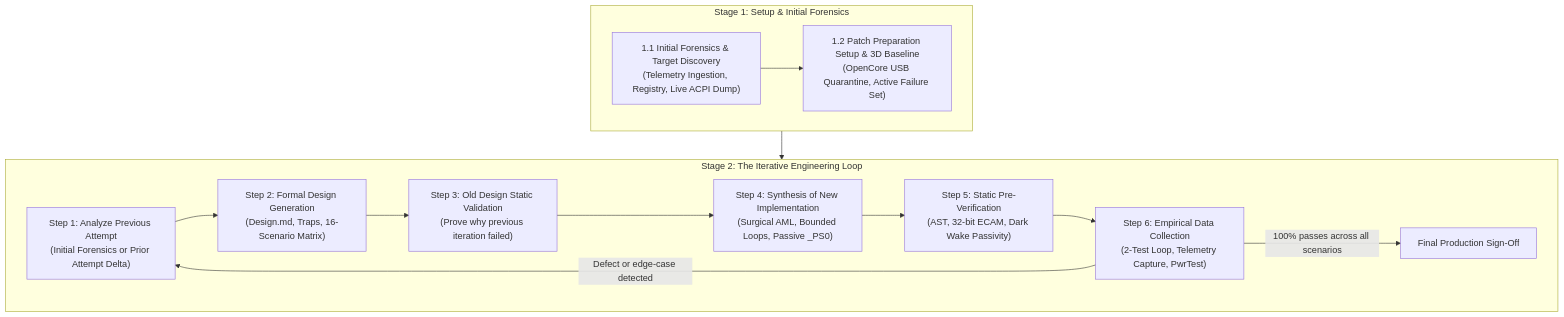
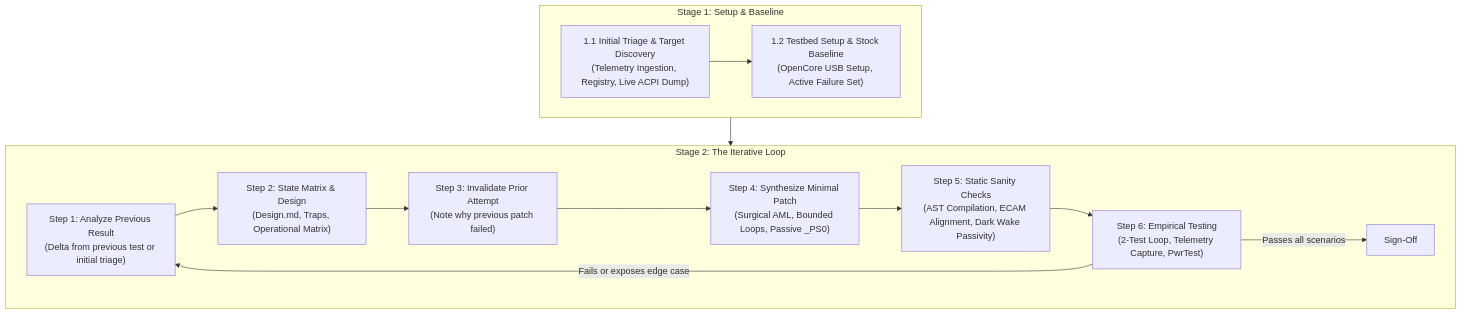
One commit to datacompboy/xmg_deep_sleep changed the first of 2 diagrams in skill/modern-standby-orchestrator/SKILL.md. Above: the diagram before and after it, drawn with Mermaid. The commit also changed other lines of this file and 8 other files, not shown here.

````diff
--- a/skill/modern-standby-orchestrator/SKILL.md
+++ b/skill/modern-standby-orchestrator/SKILL.md
@@ -16,20 +16,20 @@
 ```mermaid
 flowchart TD
-    subgraph Stage1["Stage 1: Setup & Initial Forensics"]
-        S1A["1.1 Initial Forensics & Target Discovery<br/>(Telemetry Ingestion, Registry, Live ACPI Dump)"]
-        --> S1B["1.2 Patch Preparation Setup & 3D Baseline<br/>(OpenCore USB Quarantine, Active Failure Set)"]
+    subgraph Stage1["Stage 1: Setup & Baseline"]
+        S1A["1.1 Initial Triage & Target Discovery<br/>(Telemetry Ingestion, Registry, Live ACPI Dump)"]
+        --> S1B["1.2 Testbed Setup & Stock Baseline<br/>(OpenCore USB Setup, Active Failure Set)"]
     end
 
-    subgraph Stage2["Stage 2: The Iterative Engineering Loop"]
-        L1["Step 1: Analyze Previous Attempt<br/>(Initial Forensics or Prior Attempt Delta)"]
-        --> L2["Step 2: Formal Design Generation<br/>(Design.md, Traps, 16-Scenario Matrix)"]
-        --> L3["Step 3: Old Design Static Validation<br/>(Prove why previous iteration failed)"]
-        --> L4["Step 4: Synthesis of New Implementation<br/>(Surgical AML, Bounded Loops, Passive _PS0)"]
-        --> L5["Step 5: Static Pre-Verification<br/>(AST, 32-bit ECAM, Dark Wake Passivity)"]
-        --> L6["Step 6: Empirical Data Collection<br/>(2-Test Loop, Telemetry Capture, PwrTest)"]
-        L6 -->|Defect or edge-case detected| L1
-        L6 -->|100% passes across all scenarios| Done["Final Production Sign-Off"]
+    subgraph Stage2["Stage 2: The Iterative Loop"]
+        L1["Step 1: Analyze Previous Result<br/>(Delta from previous test or initial triage)"]
+        --> L2["Step 2: State Matrix & Design<br/>(Design.md, Traps, Operational Matrix)"]
+        --> L3["Step 3: Invalidate Prior Attempt<br/>(Note why previous patch failed)"]
+        --> L4["Step 4: Synthesize Minimal Patch<br/>(Surgical AML, Bounded Loops, Passive _PS0)"]
+        --> L5["Step 5: Static Sanity Checks<br/>(AST Compilation, ECAM Alignment, Dark Wake Passivity)"]
+        --> L6["Step 6: Empirical Testing<br/>(2-Test Loop, Telemetry Capture, PwrTest)"]
+        L6 -->|Fails or exposes edge case| L1
+        L6 -->|Passes all scenarios| Done["Sign-Off"]
     end
 
     Stage1 --> Stage2
 ```
````
